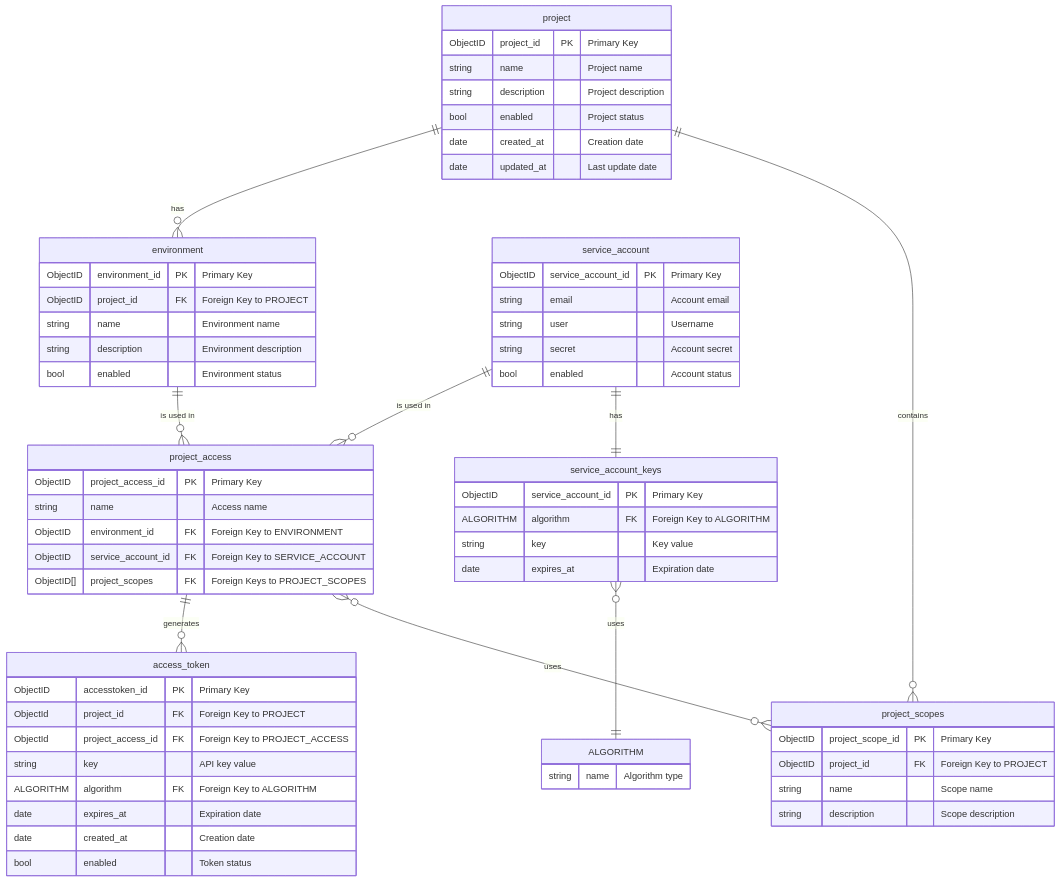
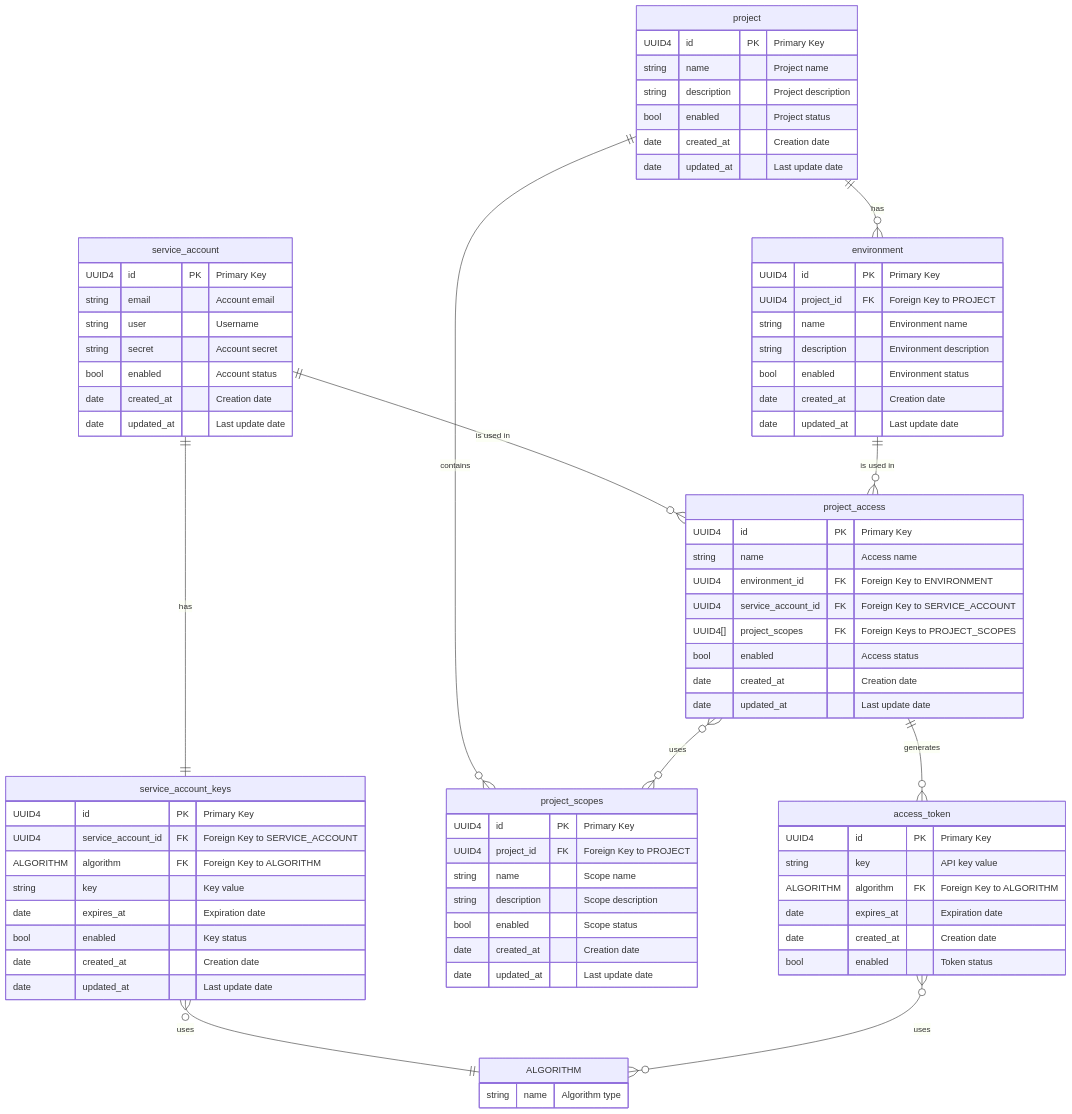
One commit to refactorartist/buraq changed the diagram in docs/erd/erd.mmd. Above: the diagram before and after it, drawn with Mermaid.

Commit message:
Refactor ERD to use UUID4 for primary and foreign keys
- Updated the data model in the ERD to replace ObjectID with UUID4 for primary and foreign keys across various entities including access_token, environment, project, project_access, project_scopes, service_account, and service_account_keys.
- Added created_at and updated_at fields to several entities for better tracking of record history.

```diff
--- a/docs/erd/erd.mmd
+++ b/docs/erd/erd.mmd
@@ -1,71 +1,84 @@
 erDiagram
     ALGORITHM {
         string name "Algorithm type"
     }
 
     access_token {
-        ObjectID accesstoken_id PK "Primary Key"
-        ObjectId project_id FK "Foreign Key to PROJECT" 
-        ObjectId project_access_id FK "Foreign Key to PROJECT_ACCESS"
+        UUID4 id PK "Primary Key"
         string key "API key value"
         ALGORITHM algorithm FK "Foreign Key to ALGORITHM"
         date expires_at "Expiration date"
         date created_at "Creation date"
         bool enabled "Token status"
     }
 
     environment {
-        ObjectID environment_id PK "Primary Key"
-        ObjectID project_id FK "Foreign Key to PROJECT"
+        UUID4 id PK "Primary Key"
+        UUID4 project_id FK "Foreign Key to PROJECT"
         string name "Environment name"
         string description "Environment description"
         bool enabled "Environment status"
+        date created_at "Creation date"
+        date updated_at "Last update date"
     }
 
     project {
-        ObjectID project_id PK "Primary Key"
+        UUID4 id PK "Primary Key"
         string name "Project name"
         string description "Project description"
         bool enabled "Project status"
         date created_at "Creation date"
         date updated_at "Last update date"
     }
 
     project_access {
-        ObjectID project_access_id PK "Primary Key"
+        UUID4 id PK "Primary Key"
         string name "Access name"
-        ObjectID environment_id FK "Foreign Key to ENVIRONMENT"
-        ObjectID service_account_id FK "Foreign Key to SERVICE_ACCOUNT"
-        ObjectID[] project_scopes FK "Foreign Keys to PROJECT_SCOPES"
+        UUID4 environment_id FK "Foreign Key to ENVIRONMENT"
+        UUID4 service_account_id FK "Foreign Key to SERVICE_ACCOUNT"
+        UUID4[] project_scopes FK "Foreign Keys to PROJECT_SCOPES"
+        bool enabled "Access status"
+        date created_at "Creation date"
+        date updated_at "Last update date"
     }
 
     project_scopes {
-        ObjectID project_scope_id PK "Primary Key"
-        ObjectID project_id FK "Foreign Key to PROJECT"
+        UUID4 id PK "Primary Key"
+        UUID4 project_id FK "Foreign Key to PROJECT"
         string name "Scope name"
         string description "Scope description"
+        bool enabled "Scope status"
+        date created_at "Creation date"
+        date updated_at "Last update date"
     }
 
     service_account {
-        ObjectID service_account_id PK "Primary Key"
+        UUID4 id PK "Primary Key"
         string email "Account email"
         string user "Username"
         string secret "Account secret"
         bool enabled "Account status"
+        date created_at "Creation date"
+        date updated_at "Last update date"
     }
 
     service_account_keys {
-        ObjectID service_account_id PK "Primary Key"
+        UUID4 id PK "Primary Key"
+        UUID4 service_account_id FK "Foreign Key to SERVICE_ACCOUNT"
         ALGORITHM algorithm FK "Foreign Key to ALGORITHM"
         string key "Key value"
         date expires_at "Expiration date"
+        bool enabled "Key status"
+        date created_at "Creation date"
+        date updated_at "Last update date"
     }
 
     project ||--o{ environment: "has"
     project ||--o{ project_scopes: "contains"
     service_account ||--o{ project_access: "is used in"
     service_account ||--|| service_account_keys: "has"
     environment ||--o{ project_access: "is used in"
     project_access ||--o{ access_token: "generates"
     project_access }o--o{ project_scopes: "uses"
     service_account_keys }o--|| ALGORITHM: "uses"
+    access_token }o--o{ ALGORITHM: "uses"
```
